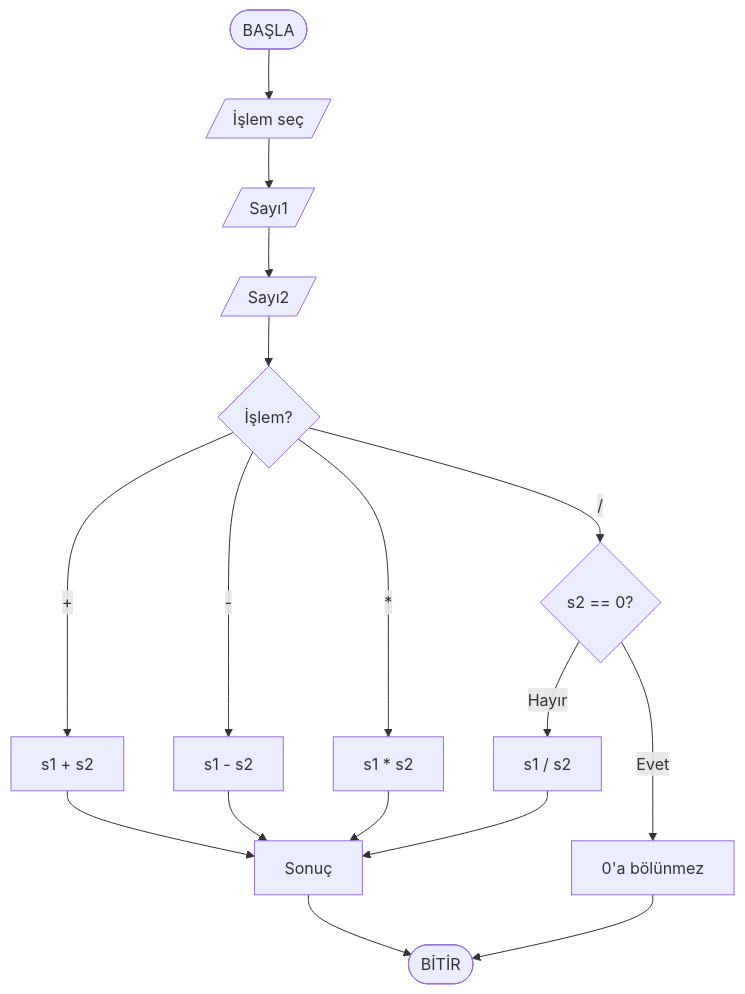
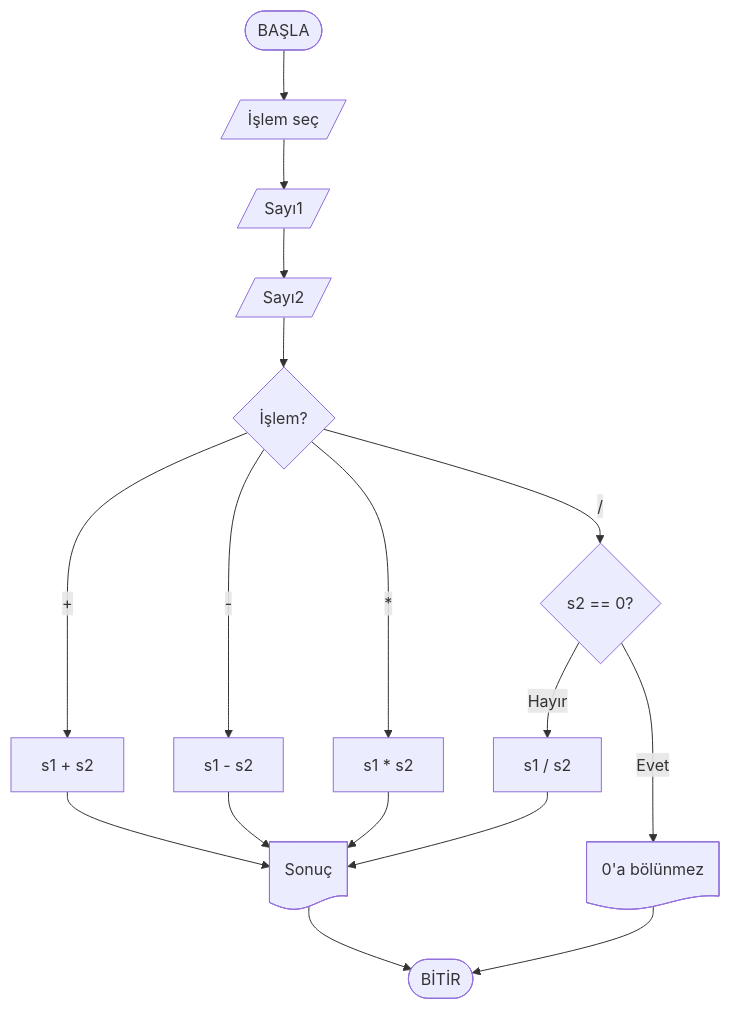
The tenth of 10 diagrams in Hafta02/ders_icerik.md (ibrahimayaz/Algoritma-ve-Programlamaya-Giris-2025), drawn with Mermaid before and after one commit. The commit also changed other lines of this file and 18 other files, not shown here.

````diff
--- a/Hafta02/ders_icerik.md
+++ b/Hafta02/ders_icerik.md
@@ -984,10 +932,10 @@
 ```mermaid
 flowchart TD
   start([BAŞLA]) --> opSel[/İşlem seç/] --> in1[/Sayı1/] --> in2[/Sayı2/] --> dec{İşlem?}
-  dec -->|+| add[s1 + s2] --> out[Sonuç] --> endNode([BİTİR])
+  dec -->|+| add[s1 + s2] --> out@{ shape: doc, label: "Sonuç" } --> endNode([BİTİR])
   dec -->|-| sub[s1 - s2] --> out
   dec -->|*| mul[s1 * s2] --> out
   dec -->|/| divChk{s2 == 0?}
-  divChk -- Evet --> err[0'a bölünmez] --> endNode
+  divChk -- Evet --> err@{ shape: doc, label: "0'a bölünmez" } --> endNode
   divChk -- Hayır --> div[s1 / s2] --> out
 ```
````
